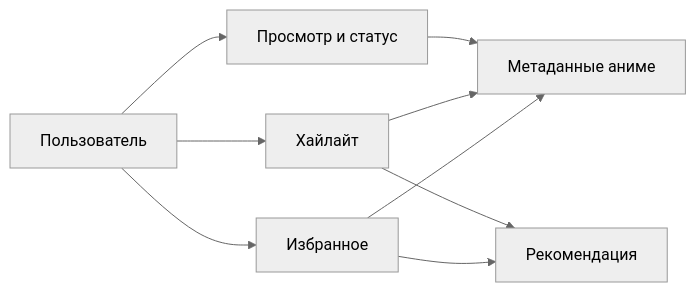
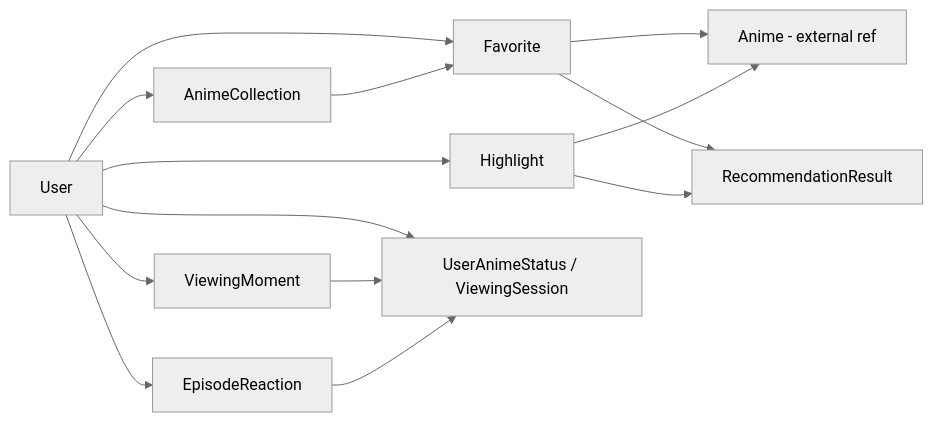
The diagram in docs/domain/core.md (serega20112/Anime-Epic-Moments), drawn with Mermaid (neutral theme) before and after one commit. The commit also changed other lines of this file and 6 other files, not shown here.

````diff
--- a/docs/domain/core.md
+++ b/docs/domain/core.md
@@ -22,18 +19,21 @@
 ```mermaid
 flowchart LR
-    User[Пользователь]
-    Favorite[Избранное]
-    Highlight[Хайлайт]
-    Watch[Просмотр и статус]
-    Anime[Метаданные аниме]
-    Recommendation[Рекомендация]
+    User[User]
+    Favorite[Favorite]
+    Collection[AnimeCollection]
+    Highlight[Highlight]
+    Moment[ViewingMoment]
+    Reaction[EpisodeReaction]
+    Status[UserAnimeStatus / ViewingSession]
+    Anime[Anime - external ref]
+    Rec[RecommendationResult]
 
-    User --> Favorite
-    User --> Highlight
-    User --> Watch
+    User --> Favorite & Collection & Highlight & Moment & Reaction & Status
     Favorite --> Anime
+    Collection --> Favorite
     Highlight --> Anime
-    Watch --> Anime
-    Favorite --> Recommendation
-    Highlight --> Recommendation
+    Moment --> Status
+    Reaction --> Status
+    Favorite --> Rec
+    Highlight --> Rec
 ```
````
